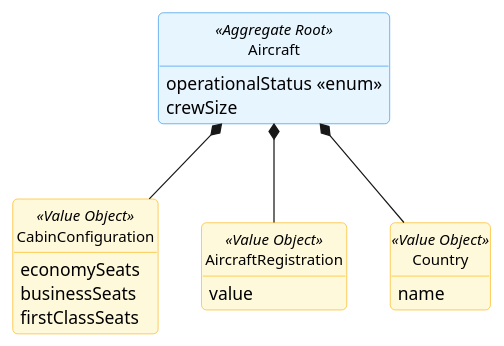
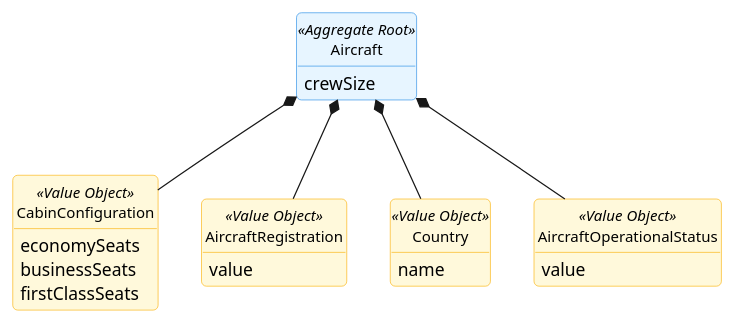
One commit to GustavoFerreira24/flight-management-platform changed the diagram in docs/global-artifacts/02.analysis/puml/Aggregates/AircraftAggregate.puml. Above: the diagram before and after it, drawn with PlantUML. The commit also changed 15 other files, not shown here.

```diff
--- a/docs/global-artifacts/02.analysis/puml/Aggregates/AircraftAggregate.puml
+++ b/docs/global-artifacts/02.analysis/puml/Aggregates/AircraftAggregate.puml
@@ -1,51 +1,55 @@
 @startuml
 skinparam {
     BackgroundColor white
     RoundCorner 8
     Shadowing false
     Handwritten false
     ClassAttributeIconSize 0
 
     ClassBackgroundColor white
     ClassBorderColor #495057
     ClassFontSize 12
 
     ClassBackgroundColor<<Aggregate Root>> #E7F5FF
     ClassBorderColor<<Aggregate Root>> #228BE6
 
     ClassBackgroundColor<<Value Object>> #FFF9DB
     ClassBorderColor<<Value Object>> #FAB005
 
     ClassBackgroundColor<<Entity>> #F3F0FF
     ClassBorderColor<<Entity>> #7950F2
 }
 
 hide circle
 hide methods
 
-class Aircraft <<Aggregate Root>> {
-        operationalStatus <<enum>>
+ class Aircraft <<Aggregate Root>> {
         crewSize
     }
 
     class CabinConfiguration <<Value Object>> {
         economySeats
         businessSeats
         firstClassSeats
     }
 
     class AircraftRegistration <<Value Object>> {
         value
     }
 
     class Country <<Value Object>> {
        name
     }
 
+    class AircraftOperationalStatus <<Value Object>> {
+        value
+    }
+
     Aircraft *-- Country
     Aircraft *-- CabinConfiguration
     Aircraft *-- AircraftRegistration
+    Aircraft *-- AircraftOperationalStatus
 
 
 
 @enduml
```
